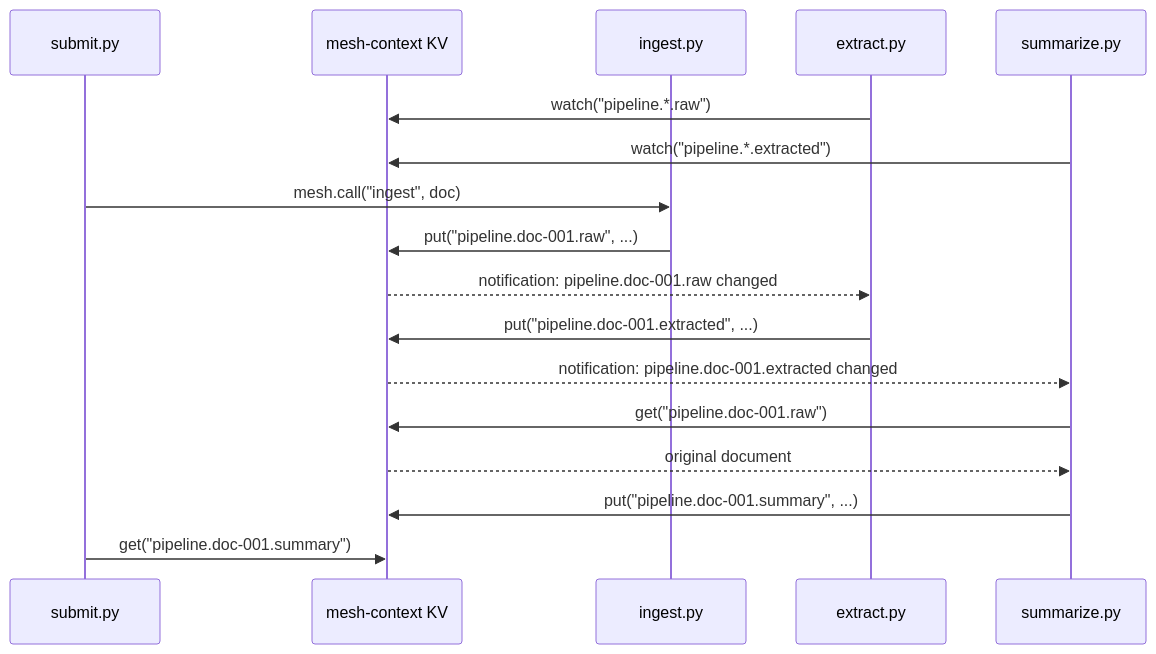
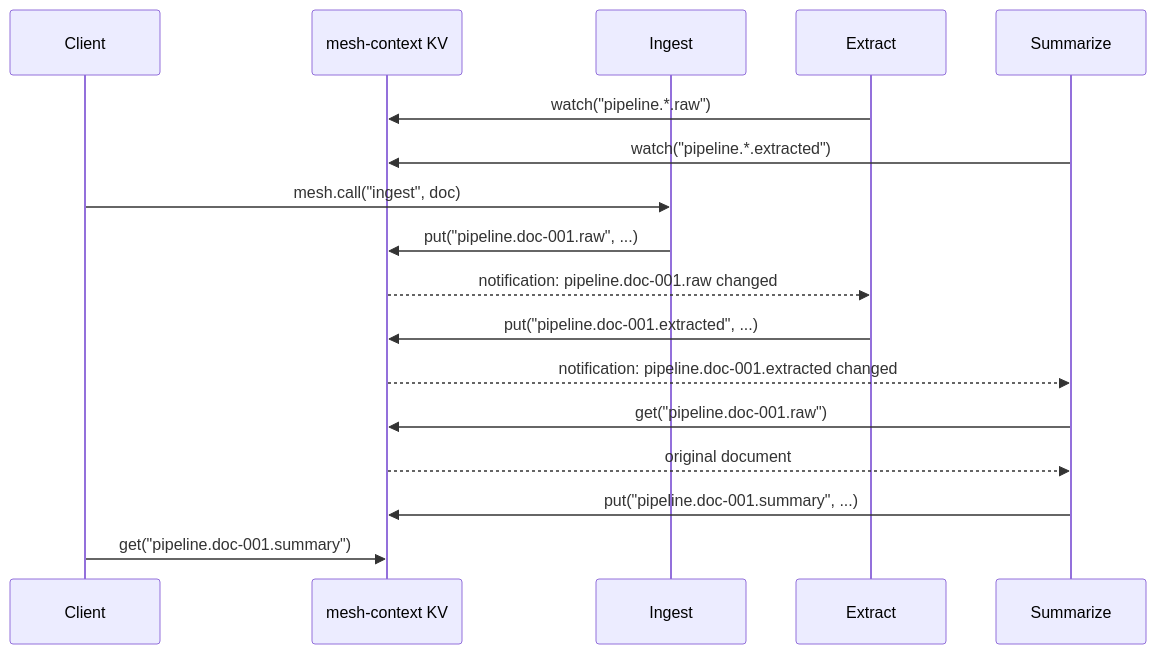
Before and after one commit to openagentmesh/openagentmesh: the diagram in docs/cookbook/reactive-pipeline.md, drawn with Mermaid. The commit also changed other lines of this file and 8 other files, not shown here.

````diff
--- a/docs/cookbook/reactive-pipeline.md
+++ b/docs/cookbook/reactive-pipeline.md
@@ -204,24 +31,24 @@
 ```mermaid
 sequenceDiagram
-    participant Client as submit.py
+    participant Client
     participant KV as mesh-context KV
-    participant Ingest as ingest.py
-    participant Extract as extract.py
-    participant Summarize as summarize.py
+    participant Ingest
+    participant Extract
+    participant Summarize
 
     Extract->>KV: watch("pipeline.*.raw")
     Summarize->>KV: watch("pipeline.*.extracted")
 
     Client->>Ingest: mesh.call("ingest", doc)
     Ingest->>KV: put("pipeline.doc-001.raw", ...)
 
     KV-->>Extract: notification: pipeline.doc-001.raw changed
     Extract->>KV: put("pipeline.doc-001.extracted", ...)
 
     KV-->>Summarize: notification: pipeline.doc-001.extracted changed
     Summarize->>KV: get("pipeline.doc-001.raw")
     KV-->>Summarize: original document
     Summarize->>KV: put("pipeline.doc-001.summary", ...)
 
     Client->>KV: get("pipeline.doc-001.summary")
 ```
````
